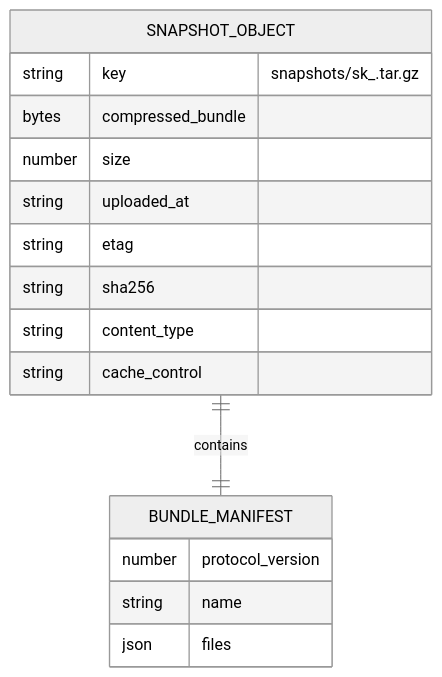
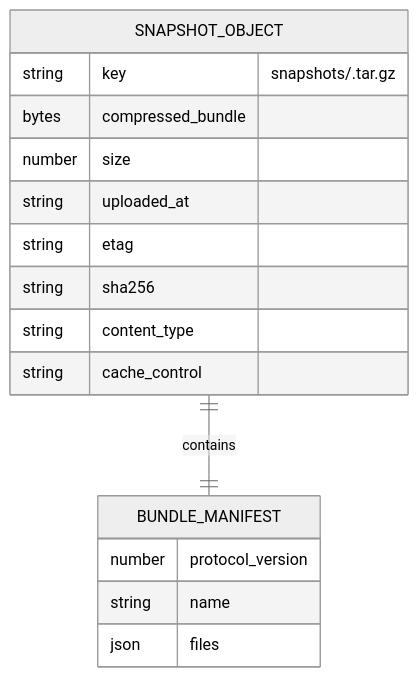
Before and after one commit to skilldrophq/skilldrop: the sixth of 7 diagrams in FULL_ARCH.md, drawn with Mermaid (neutral theme). The commit also changed other lines of this file and 16 other files, not shown here.

````diff
--- a/FULL_ARCH.md
+++ b/FULL_ARCH.md
@@ -503,19 +504,19 @@
 ```mermaid
 erDiagram
   SNAPSHOT_OBJECT {
-    string key "snapshots/sk_<id>.tar.gz"
+    string key "snapshots/<id>.tar.gz"
     bytes compressed_bundle
     number size
     string uploaded_at
     string etag
     string sha256
     string content_type
     string cache_control
   }
   BUNDLE_MANIFEST {
     number protocol_version
     string name
     json files
   }
   SNAPSHOT_OBJECT ||--|| BUNDLE_MANIFEST : "contains"
 ```
````
